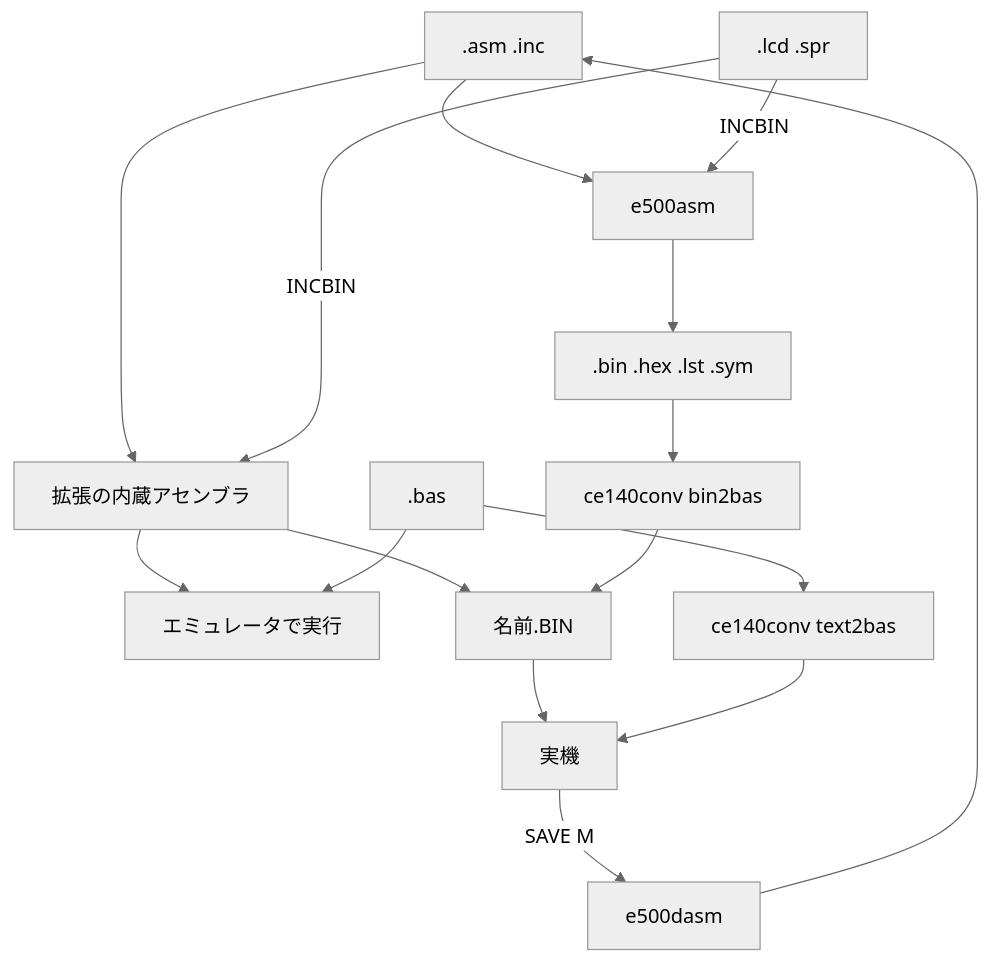
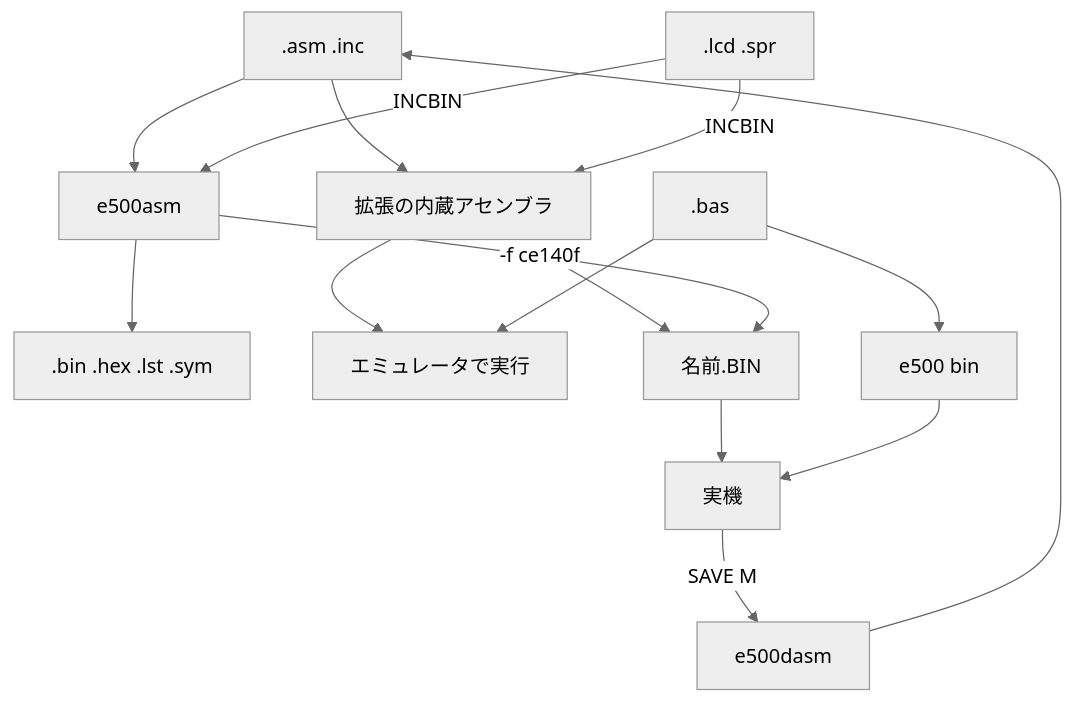
Before and after one commit to litchi-gh/pc-e500_tools: the second of 2 diagrams in docs/design/01_ARCHITECTURE.md, drawn with Mermaid (neutral theme). The commit also changed other lines of this file and 60 other files, not shown here.

````diff
--- a/docs/design/01_ARCHITECTURE.md
+++ b/docs/design/01_ARCHITECTURE.md
@@ -103,13 +100,13 @@
 ```mermaid
 flowchart TD
   ASM[".asm .inc"] --> A1["e500asm"] --> BIN[".bin .hex .lst .sym"]
   ASM --> A2["拡張の内蔵アセンブラ"] --> RUN["エミュレータで実行"]
   A2 --> LM["名前.BIN"]
   LCD[".lcd .spr"] -- INCBIN --> A1
   LCD -- INCBIN --> A2
-  BIN --> C1["ce140conv bin2bas"] --> LM
+  A1 -- "-f ce140f" --> LM
   LM --> DEV["実機"]
   DEV -- "SAVE M" --> D1["e500dasm"] --> ASM
-  BAS[".bas"] --> C2["ce140conv text2bas"] --> DEV
+  BAS[".bas"] --> C2["e500 bin"] --> DEV
   BAS --> RUN
 ```
````
